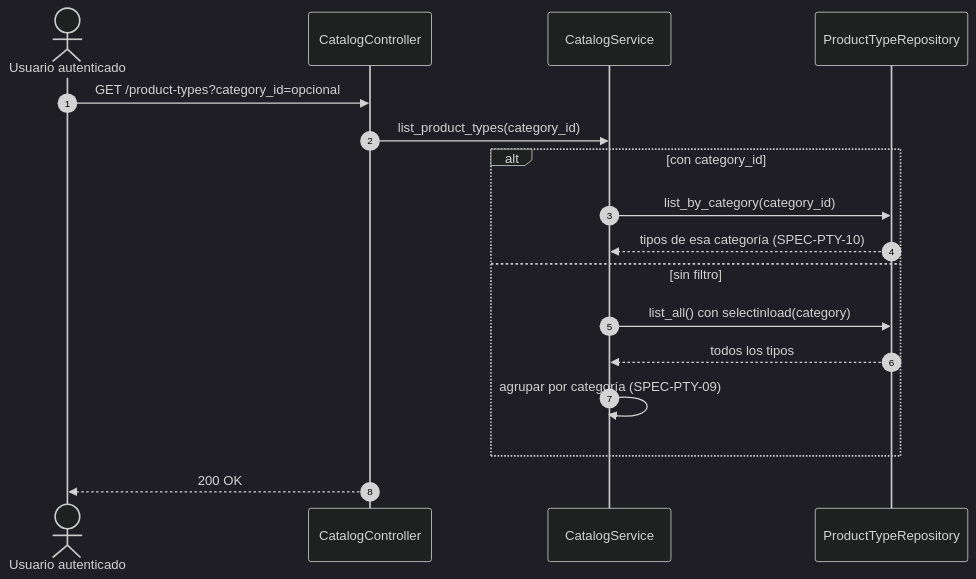
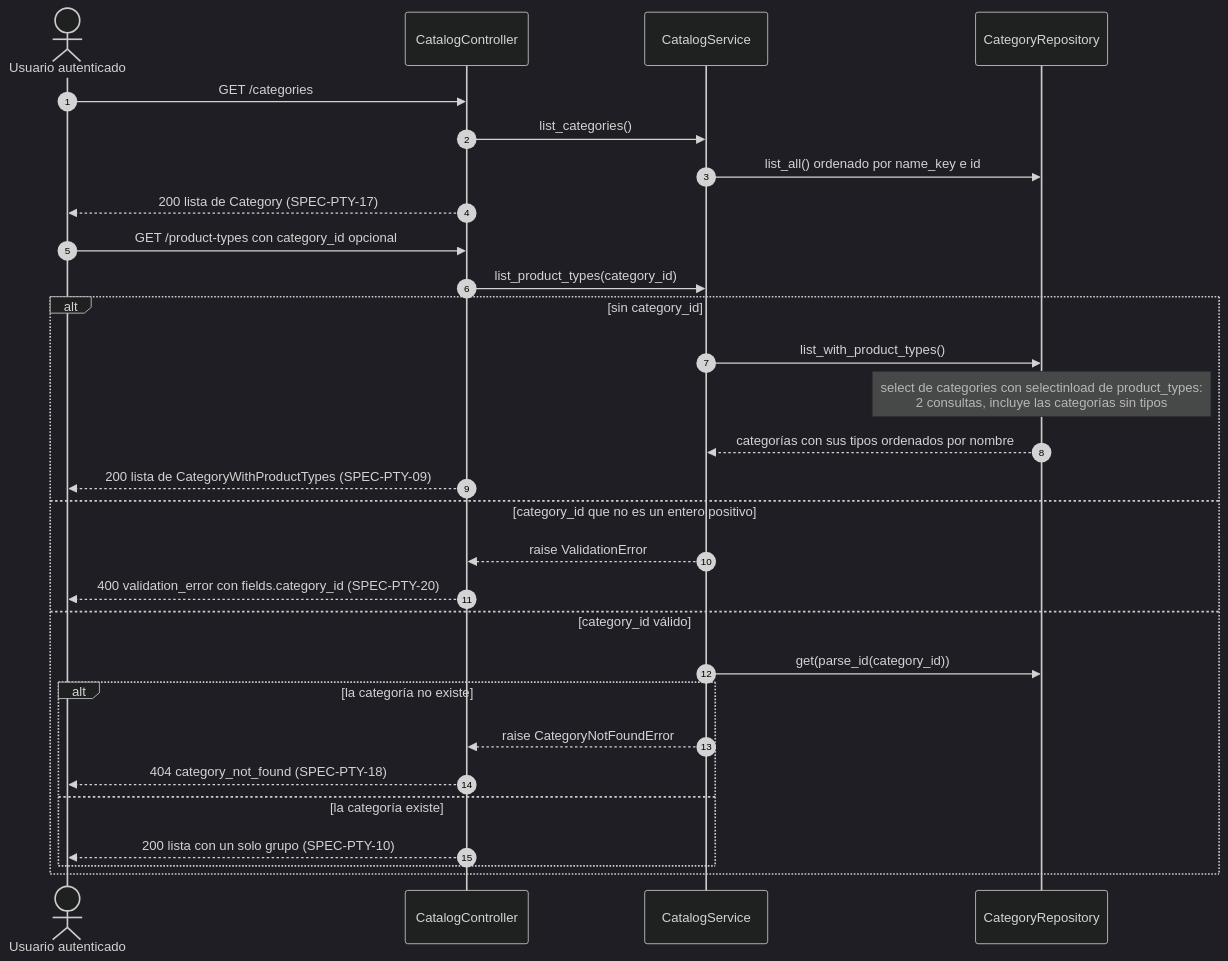
Before and after one commit to Diazfe-dev/AyED-III-python-ticket-service: the fourth of 4 diagrams in diagrams/sequences/02-product-types.md, drawn with Mermaid (dark theme). The commit also changed other lines of this file and 26 other files, not shown here.

Commit message:
feat(product-type): add category and product type catalog with OpenAPI contract

````diff
--- a/diagrams/sequences/02-product-types.md
+++ b/diagrams/sequences/02-product-types.md
@@ -103,20 +135,33 @@
 ```mermaid
 sequenceDiagram
     autonumber
     actor U as Usuario autenticado
     participant PC as CatalogController
     participant CS as CatalogService
-    participant TR as ProductTypeRepository
+    participant CR as CategoryRepository
 
-    U->>PC: GET /product-types?category_id=opcional
+    U->>PC: GET /categories
+    PC->>CS: list_categories()
+    CS->>CR: list_all() ordenado por name_key e id
+    PC-->>U: 200 lista de Category (SPEC-PTY-17)
+
+    U->>PC: GET /product-types con category_id opcional
     PC->>CS: list_product_types(category_id)
-    alt con category_id
-        CS->>TR: list_by_category(category_id)
-        TR-->>CS: tipos de esa categoría (SPEC-PTY-10)
-    else sin filtro
-        CS->>TR: list_all() con selectinload(category)
-        TR-->>CS: todos los tipos
-        CS->>CS: agrupar por categoría (SPEC-PTY-09)
+    alt sin category_id
+        CS->>CR: list_with_product_types()
+        Note over CR: select de categories con selectinload de product_types:<br/>2 consultas, incluye las categorías sin tipos
+        CR-->>CS: categorías con sus tipos ordenados por nombre
+        PC-->>U: 200 lista de CategoryWithProductTypes (SPEC-PTY-09)
+    else category_id que no es un entero positivo
+        CS-->>PC: raise ValidationError
+        PC-->>U: 400 validation_error con fields.category_id (SPEC-PTY-20)
+    else category_id válido
+        CS->>CR: get(parse_id(category_id))
+        alt la categoría no existe
+            CS-->>PC: raise CategoryNotFoundError
+            PC-->>U: 404 category_not_found (SPEC-PTY-18)
+        else la categoría existe
+            PC-->>U: 200 lista con un solo grupo (SPEC-PTY-10)
+        end
     end
-    PC-->>U: 200 OK
 ```
````
